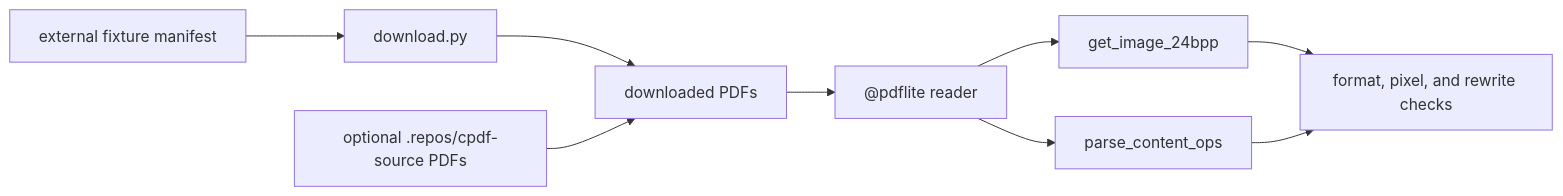
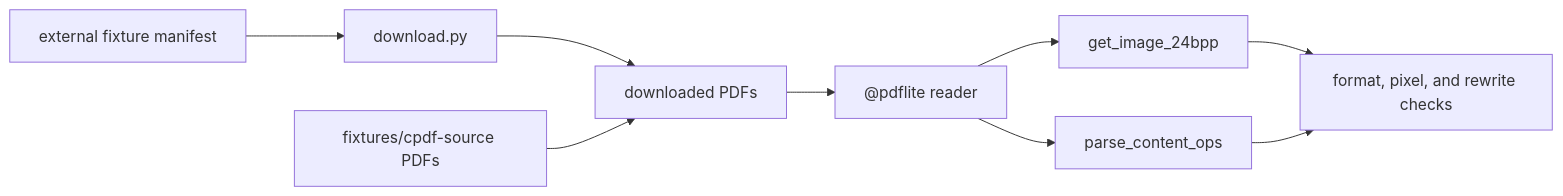
The diagram in pdflite/image/fixture_acceptance/README.mbt.md (moonbitlang/office.mbt), drawn with Mermaid before and after one commit. The commit also changed other lines of this file and 49 other files, not shown here.

Commit message:
Track cpdf source fixtures

````diff
--- a/pdflite/image/fixture_acceptance/README.mbt.md
+++ b/pdflite/image/fixture_acceptance/README.mbt.md
@@ -10,11 +9,11 @@
 ```mermaid
 flowchart LR
   Manifest[external fixture manifest] --> Download[download.py]
   Download --> PDFs[downloaded PDFs]
-  Source[optional .repos/cpdf-source PDFs] --> PDFs
+  Source[fixtures/cpdf-source PDFs] --> PDFs
   PDFs --> Reader["@pdflite reader"]
   Reader --> Images[get_image_24bpp]
   Reader --> Content[parse_content_ops]
   Images --> Checks[format, pixel, and rewrite checks]
   Content --> Checks
 ```
````
